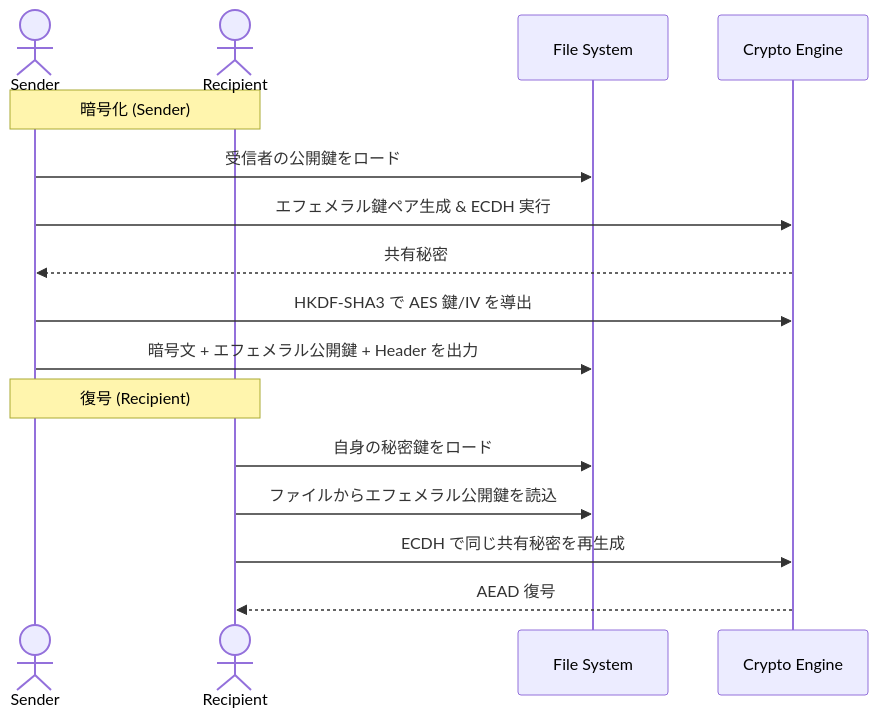
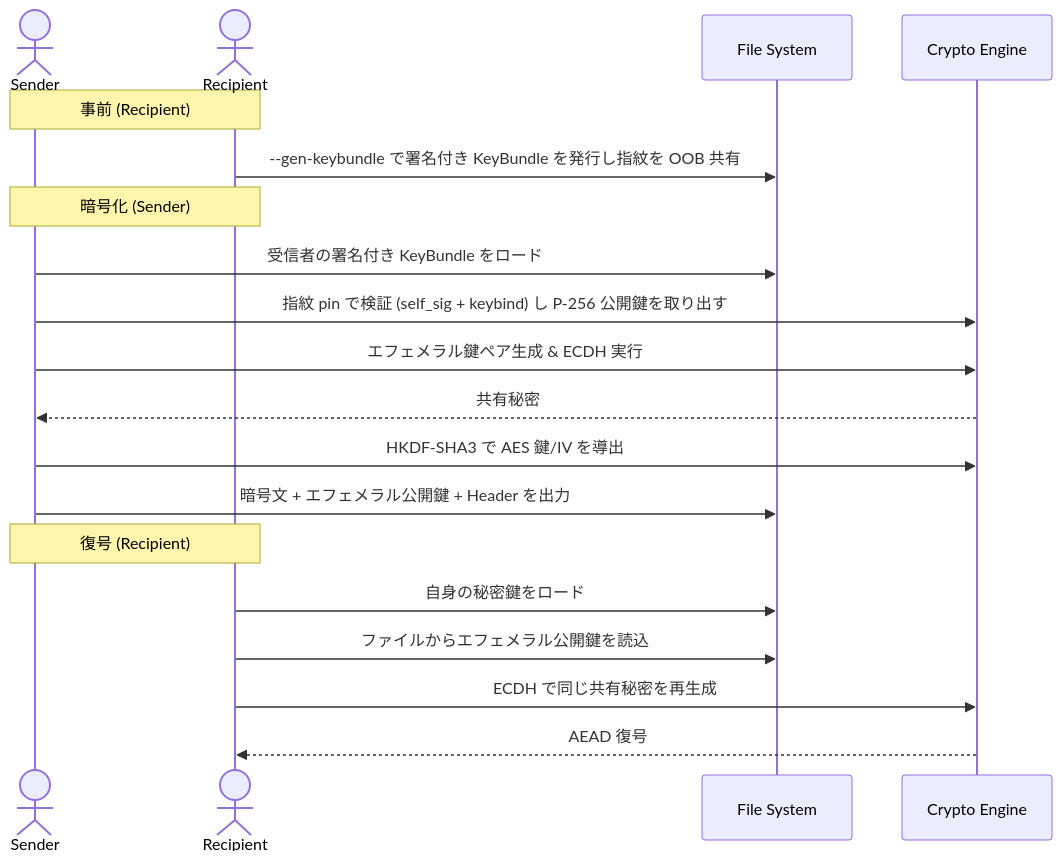
Before and after one commit to nkoriyama/nkCryptoTool-rust: the fifth of 11 diagrams in README.md, drawn with Mermaid. The commit also changed other lines of this file, not shown here.

First line of the commit message:
docs(readme): switch the encryption flow to the signed KeyBundle path

````diff
--- a/README.md
+++ b/README.md
@@ -598,20 +599,24 @@
 ```mermaid
 sequenceDiagram
     actor Sender
     actor Recipient
     participant FS as File System
     participant Engine as Crypto Engine
 
+    Note over Sender, Recipient: 事前 (Recipient)
+    Recipient->>FS: --gen-keybundle で署名付き KeyBundle を発行し指紋を OOB 共有
+
     Note over Sender, Recipient: 暗号化 (Sender)
-    Sender->>FS: 受信者の公開鍵をロード
+    Sender->>FS: 受信者の署名付き KeyBundle をロード
+    Sender->>Engine: 指紋 pin で検証 (self_sig + keybind) し P-256 公開鍵を取り出す
     Sender->>Engine: エフェメラル鍵ペア生成 & ECDH 実行
     Engine-->>Sender: 共有秘密
     Sender->>Engine: HKDF-SHA3 で AES 鍵/IV を導出
     Sender->>FS: 暗号文 + エフェメラル公開鍵 + Header を出力
 
     Note over Sender, Recipient: 復号 (Recipient)
     Recipient->>FS: 自身の秘密鍵をロード
     Recipient->>FS: ファイルからエフェメラル公開鍵を読込
     Recipient->>Engine: ECDH で同じ共有秘密を再生成
     Engine-->>Recipient: AEAD 復号
 ```
````
